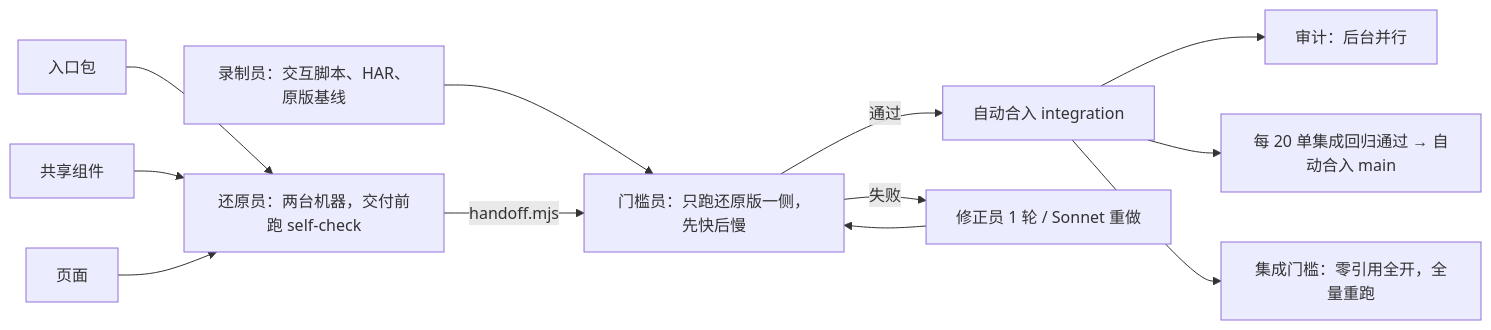
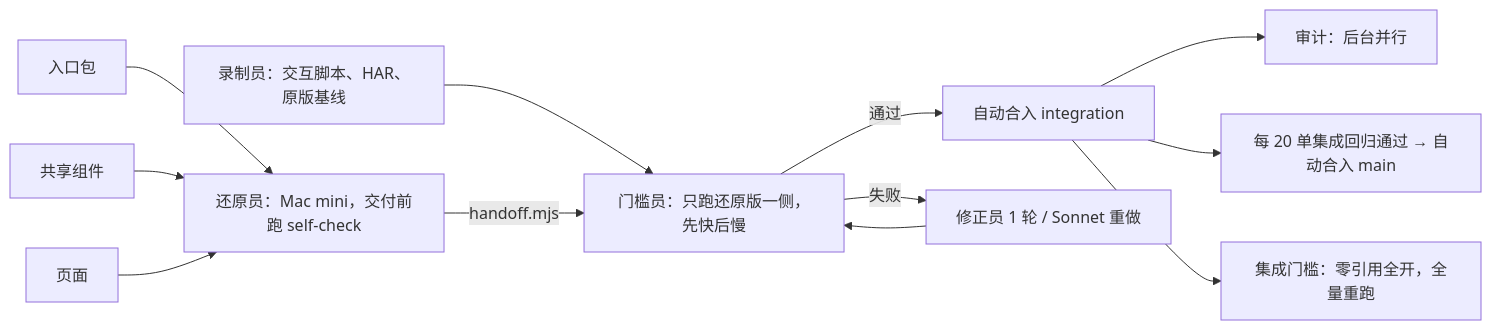
One commit to libingtong/hmrsfw-restore changed the diagram in docs/pipeline.md. Above: the diagram before and after it, drawn with Mermaid. The commit also changed other lines of this file and 4 other files, not shown here.

Commit message:
config+docs: run only on the Mac mini, retire Office-Server; Mac takes restorer-core and reviewer; concurrency assessment (HM-212)

````diff
--- a/docs/pipeline.md
+++ b/docs/pipeline.md
@@ -48,14 +48,14 @@
 ```mermaid
 flowchart LR
   R[录制员：交互脚本、HAR、原版基线] --> G
   E[入口包] --> W
   S[共享组件] --> W
   P[页面] --> W
-  W[还原员：两台机器，交付前跑 self-check] -->|handoff.mjs| G
+  W[还原员：Mac mini，交付前跑 self-check] -->|handoff.mjs| G
   G[门槛员：只跑还原版一侧，先快后慢] -->|通过| I[自动合入 integration]
   G -->|失败| F[修正员 1 轮 / Sonnet 重做]
   F --> G
   I --> A[审计：后台并行]
   I --> H[每 20 单集成回归通过 → 自动合入 main]
   I --> X[集成门槛：零引用全开，全量重跑]
 ```
````
